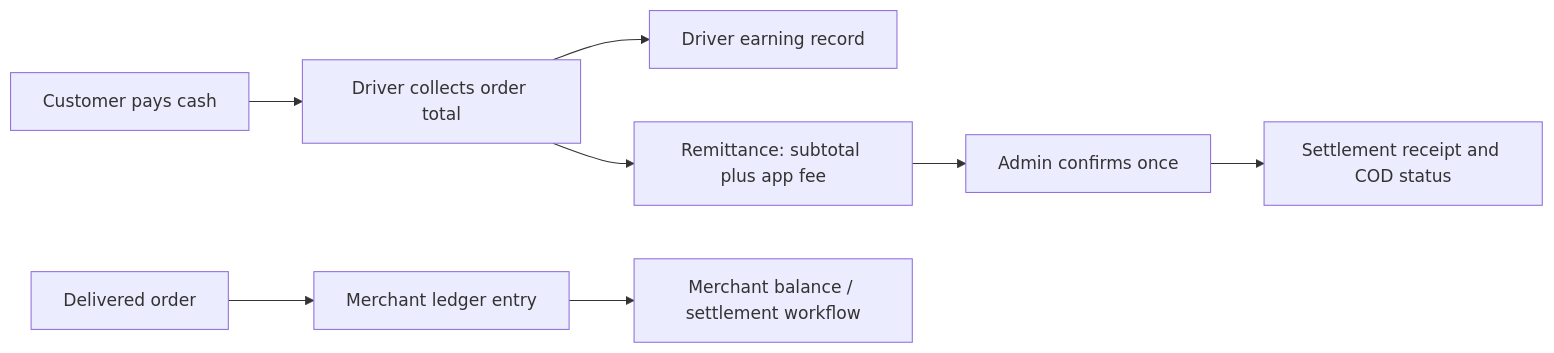
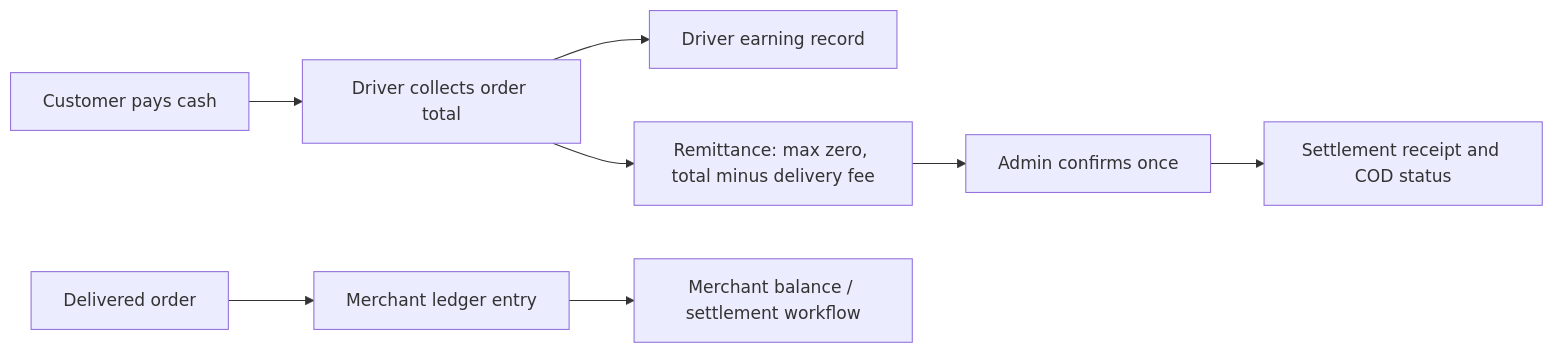
The third of 3 diagrams in docs/workflow-diagrams.ar.md (mohamedabderrehman/lahda), drawn with Mermaid before and after one commit. The commit also changed other lines of this file and 20 other files, not shown here.

````diff
--- a/docs/workflow-diagrams.ar.md
+++ b/docs/workflow-diagrams.ar.md
@@ -31,10 +31,10 @@
 ```mermaid
 flowchart LR
 Customer[Customer pays cash] --> Driver[Driver collects order total]
 Driver --> Earnings[Driver earning record]
 Delivered[Delivered order] --> Ledger[Merchant ledger entry]
-Driver --> Remittance[Remittance: subtotal plus app fee]
+Driver --> Remittance[Remittance: max zero, total minus delivery fee]
 Remittance --> Admin[Admin confirms once]
 Admin --> Receipt[Settlement receipt and COD status]
 Ledger --> Merchant[Merchant balance / settlement workflow]
 ```
````
